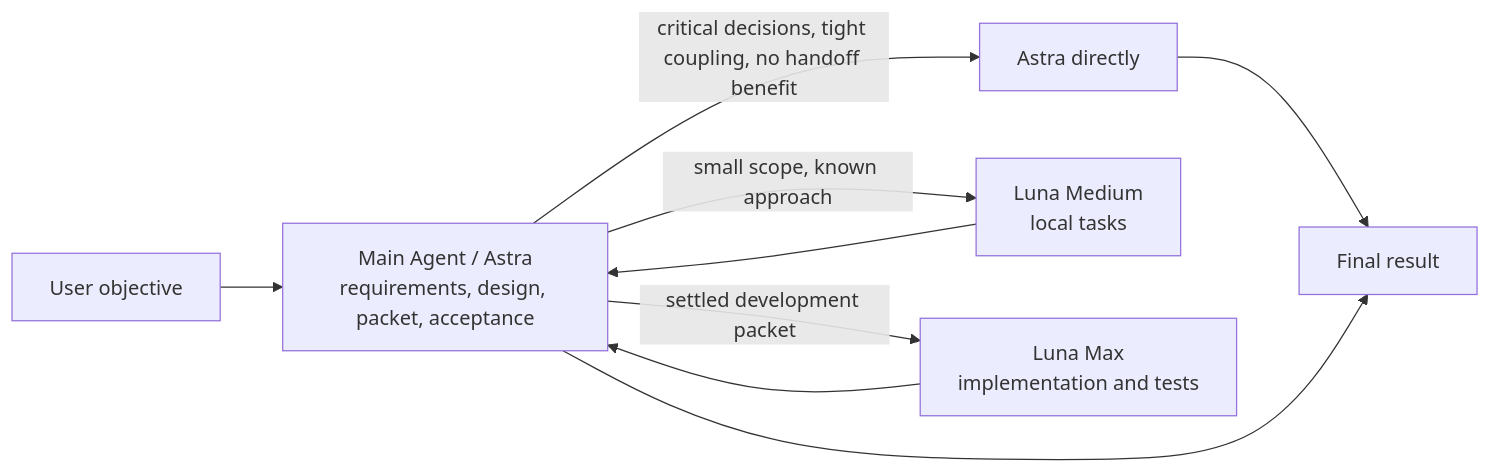
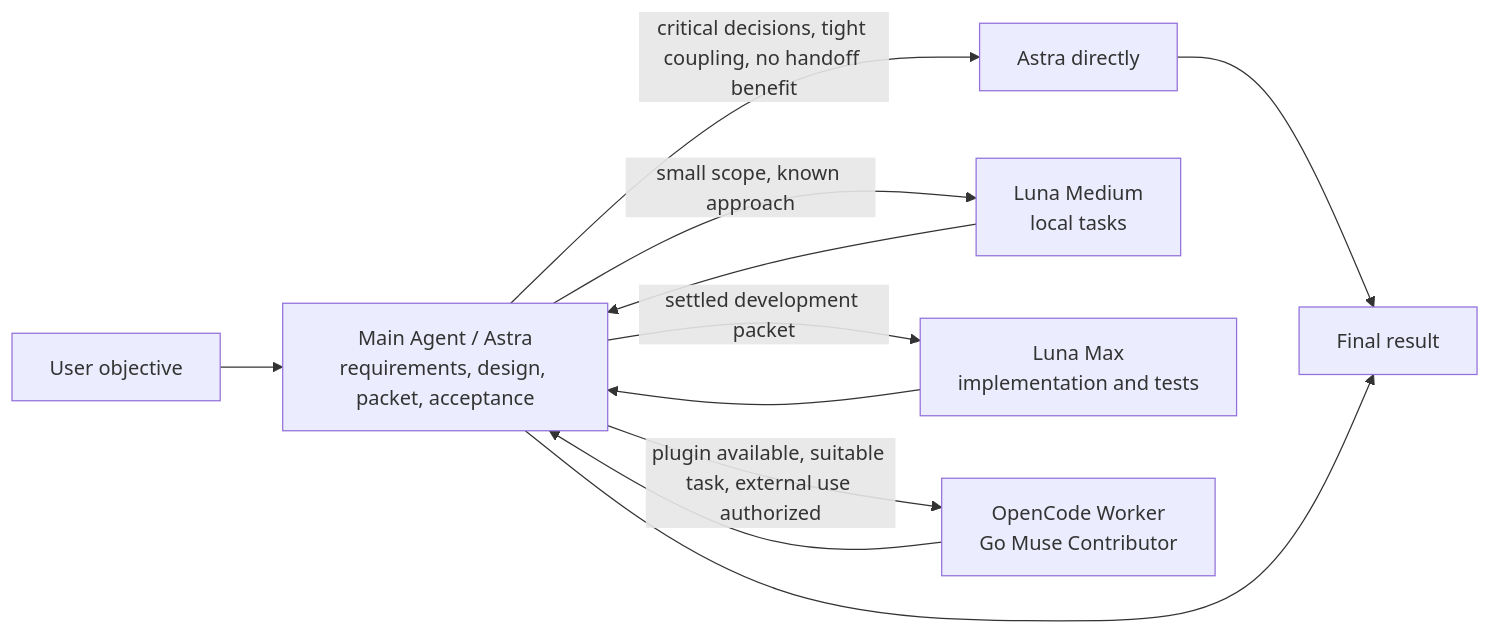
One commit to liuyejinghong/sol-worker-routing-codex changed the diagram in README.en.md. Above: the diagram before and after it, drawn with Mermaid. The commit also changed other lines of this file and 11 other files, not shown here.

Commit message:
feat: add optional OpenCode Worker plugin routing

````diff
--- a/README.en.md
+++ b/README.en.md
@@ -44,11 +72,13 @@
 ```mermaid
 flowchart LR
     U["User objective"] --> S["Main Agent / Astra<br/>requirements, design, packet, acceptance"]
     S -->|"critical decisions, tight coupling, no handoff benefit"| D["Astra directly"]
     S -->|"small scope, known approach"| LM["Luna Medium<br/>local tasks"]
     S -->|"settled development packet"| L["Luna Max<br/>implementation and tests"]
+    S -->|"plugin available, suitable task, external use authorized"| OC["OpenCode Worker<br/>Go Muse Contributor"]
+    OC --> S
     D --> O["Final result"]
     LM --> S
     L --> S
     S --> O
 ```
````
